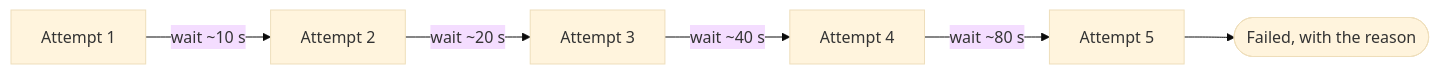
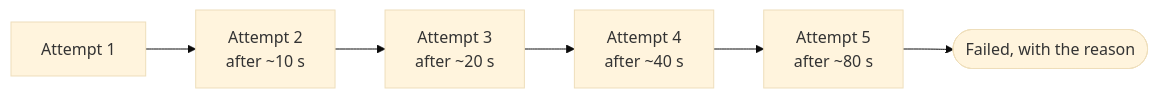
Before and after one commit to merteldem1r/Event-Driven-Notification-System: the fifth of 6 diagrams in README.md, drawn with Mermaid (base theme). The commit also changed other lines of this file, not shown here.

````diff
--- a/README.md
+++ b/README.md
@@ -210,8 +199,8 @@
 ```mermaid
 flowchart LR
-    a1[Attempt 1] -->|wait ~10 s| a2[Attempt 2]
-    a2 -->|wait ~20 s| a3[Attempt 3]
-    a3 -->|wait ~40 s| a4[Attempt 4]
-    a4 -->|wait ~80 s| a5[Attempt 5]
+    a1[Attempt 1] --> a2[Attempt 2<br/>after ~10 s]
+    a2 --> a3[Attempt 3<br/>after ~20 s]
+    a3 --> a4[Attempt 4<br/>after ~40 s]
+    a4 --> a5[Attempt 5<br/>after ~80 s]
     a5 --> failed([Failed, with the reason])
 ```
````
